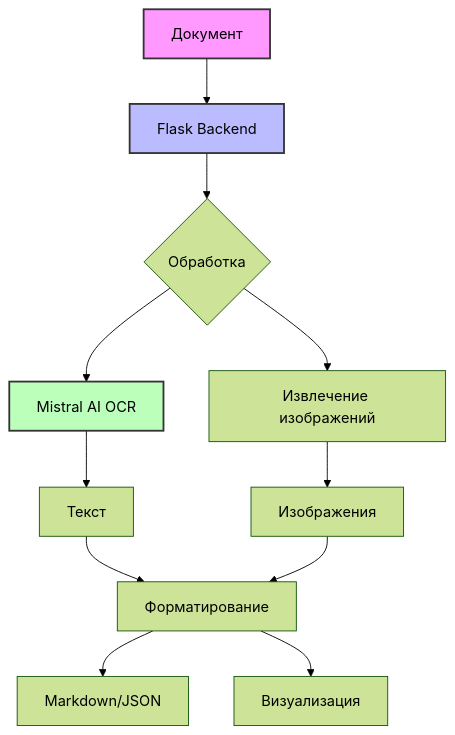
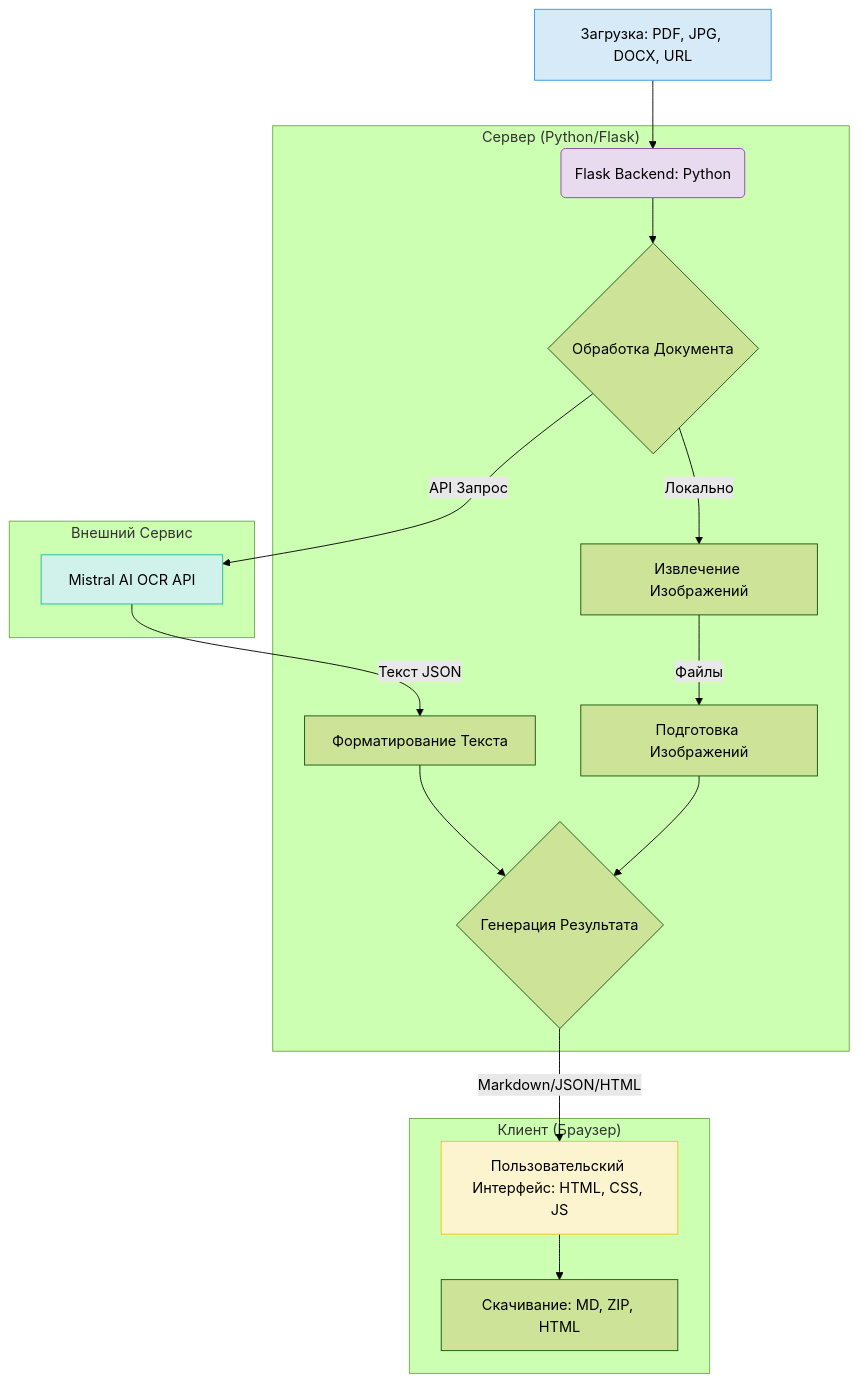
Before and after one commit to ivan-meer/mistral-ocr-app: the diagram in README.md, drawn with Mermaid (forest theme). The commit also changed other lines of this file, not shown here.

````diff
--- a/README.md
+++ b/README.md
@@ -41,16 +84,36 @@
 ```mermaid
 graph TD
-    A[Документ] --> B[Flask Backend]
-    B --> C{Обработка}
-    C --> D[Mistral AI OCR]
-    C --> E[Извлечение изображений]
-    D --> F[Текст]
-    E --> G[Изображения]
-    F --> H[Форматирование]
-    G --> H
-    H --> I[Markdown/JSON]
-    H --> J[Визуализация]
-    style A fill:#f9f,stroke:#333,stroke-width:2px
-    style B fill:#bbf,stroke:#333,stroke-width:2px
-    style D fill:#bfb,stroke:#333,stroke-width:2px
+    A[Загрузка: PDF, JPG, DOCX, URL] --> B(Flask Backend: Python);
+    B --> C{Обработка Документа};
+    C -- API Запрос --> D[Mistral AI OCR API];
+    C -- Локально --> E[Извлечение Изображений];
+    D -- Текст JSON --> F[Форматирование Текста];
+    E -- Файлы --> G[Подготовка Изображений];
+    F --> H{Генерация Результата};
+    G --> H;
+    H -- Markdown/JSON/HTML --> I[Пользовательский Интерфейс: HTML, CSS, JS];
+    I --> J[Скачивание: MD, ZIP, HTML];
+
+    subgraph "Клиент (Браузер)"
+        I
+        J
+    end
+
+    subgraph "Сервер (Python/Flask)"
+        B
+        C
+        E
+        F
+        G
+        H
+    end
+
+    subgraph "Внешний Сервис"
+        D
+    end
+
+    style A fill:#D6EAF8,stroke:#3498DB
+    style B fill:#E8DAEF,stroke:#8E44AD
+    style D fill:#D1F2EB,stroke:#1ABC9C
+    style I fill:#FCF3CF,stroke:#F1C40F
 ```
````
